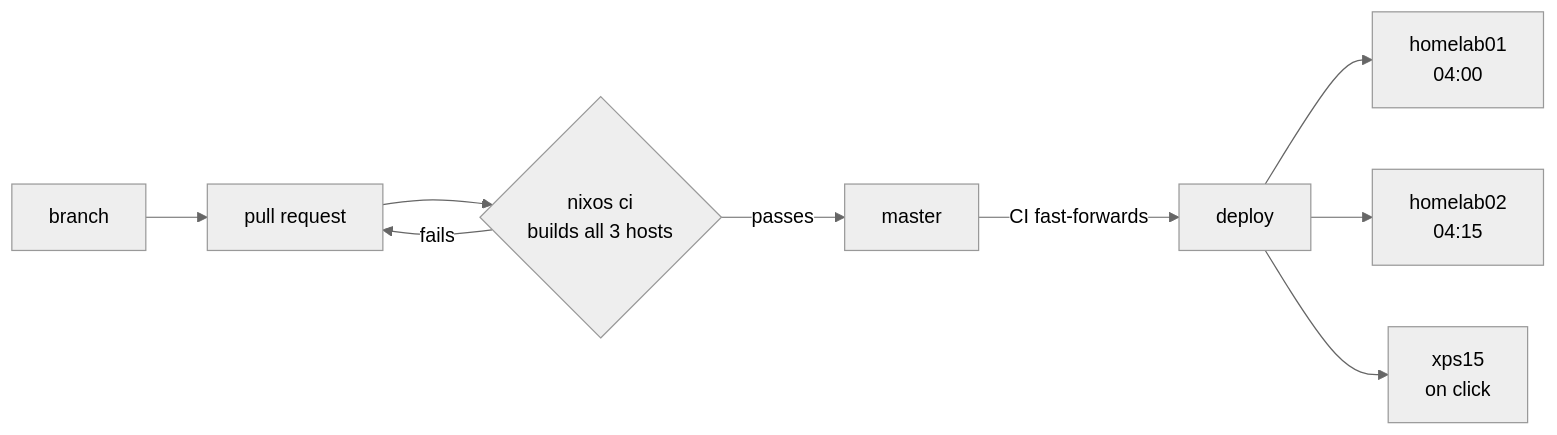
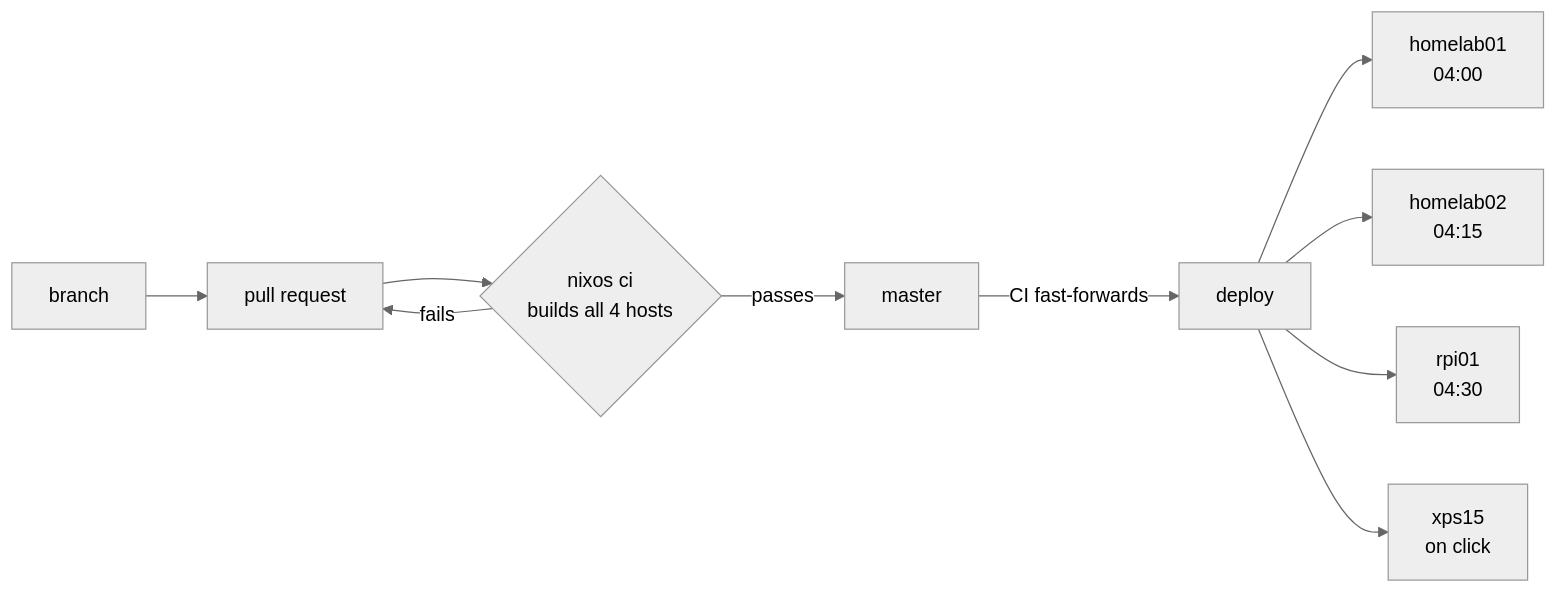
One commit to corygyarmathy/dotfiles changed the diagram in README.md. Above: the diagram before and after it, drawn with Mermaid (neutral theme). The commit also changed other lines of this file and 9 other files, not shown here.

````diff
--- a/README.md
+++ b/README.md
@@ -9,11 +9,12 @@
 ```mermaid
 flowchart LR
     A[branch] --> B[pull request]
-    B --> C{"nixos ci<br/>builds all 3 hosts"}
+    B --> C{"nixos ci<br/>builds all 4 hosts"}
     C -->|fails| B
     C -->|passes| D[master]
     D -->|CI fast-forwards| E[deploy]
     E --> F[homelab01<br/>04:00]
     E --> I[homelab02<br/>04:15]
+    E --> J[rpi01<br/>04:30]
     E --> G[xps15<br/>on click]
 ```
````
